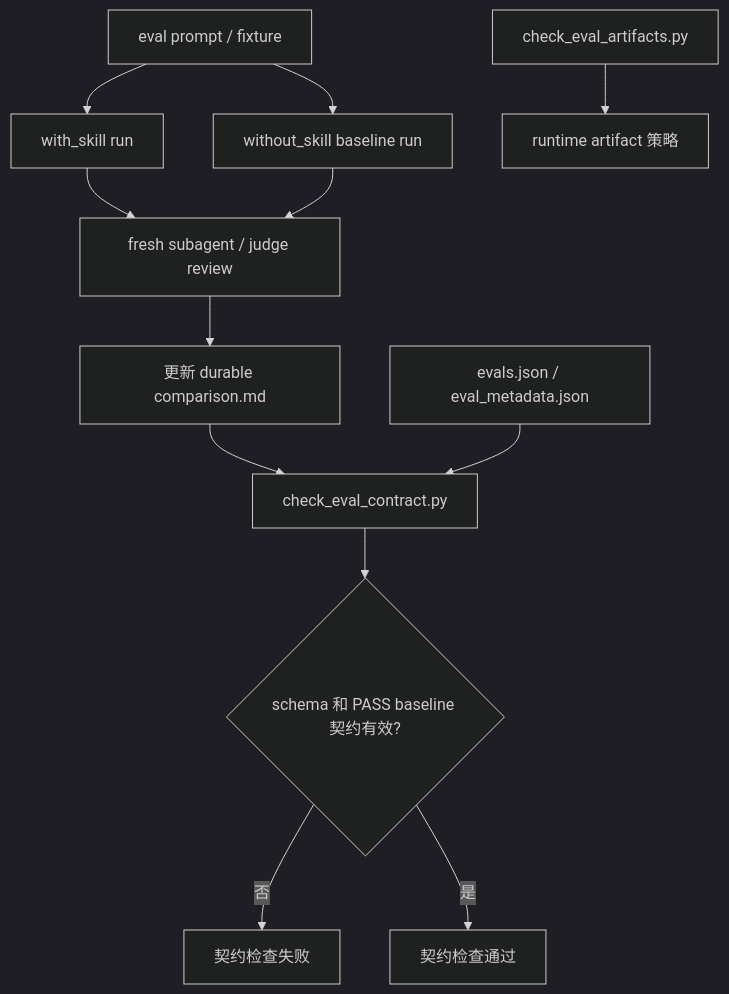
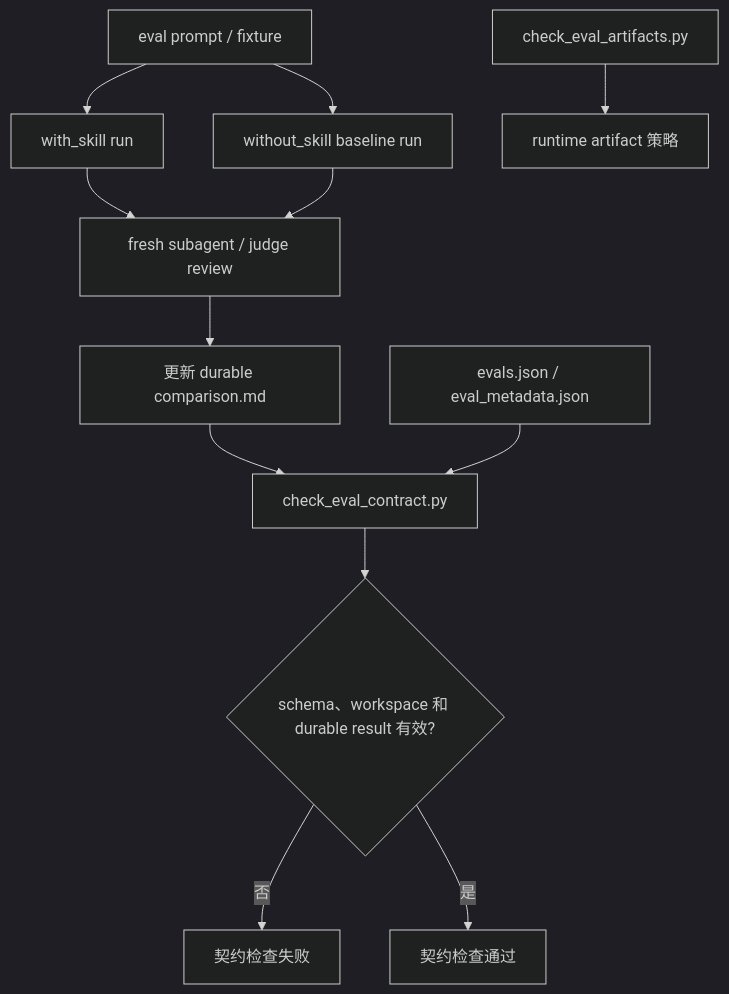
The first of 2 diagrams in docs/engineer/eval-baseline-evidence-contract/TRD.md (Neplich/dev-agent-skills), drawn with Mermaid (dark theme) before and after one commit. The commit also changed other lines of this file and 14 other files, not shown here.

````diff
--- a/docs/engineer/eval-baseline-evidence-contract/TRD.md
+++ b/docs/engineer/eval-baseline-evidence-contract/TRD.md
@@ -69,14 +68,14 @@
 ```mermaid
 flowchart TD
     A["eval prompt / fixture"] --> B["with_skill run"]
     A --> C["without_skill baseline run"]
     B --> D["fresh subagent / judge review"]
     C --> D
     D --> E["更新 durable comparison.md"]
     E --> F["check_eval_contract.py"]
     G["evals.json / eval_metadata.json"] --> F
-    F --> H{"schema 和 PASS baseline 契约有效?"}
+    F --> H{"schema、workspace 和 durable result 有效?"}
     H -->|否| I["契约检查失败"]
     H -->|是| J["契约检查通过"]
     K["check_eval_artifacts.py"] --> L["runtime artifact 策略"]
 ```
````
